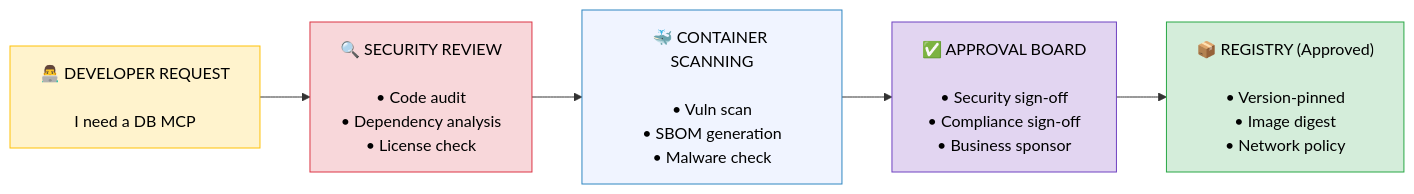
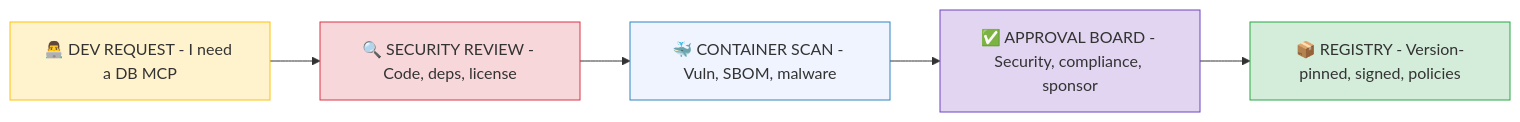
Before and after one commit to ithinktavo/GenAI-Engineering-Handbook: the fourth of 5 diagrams in docs/11-mcp-security.md, drawn with Mermaid. The commit also changed other lines of this file and 9 other files, not shown here.

First line of the commit message:
Fix Mermaid rendering: remove emoji from subgraph titles and unsupported syntax

````diff
--- a/docs/11-mcp-security.md
+++ b/docs/11-mcp-security.md
@@ -214,13 +214,13 @@
 ```mermaid
 graph LR
-    DEV["👨‍💻 DEVELOPER REQUEST\n\nI need a DB MCP"] --> SEC["🔍 SECURITY REVIEW\n\n• Code audit\n• Dependency analysis\n• License check"]
-    SEC --> SCAN["🐳 CONTAINER SCANNING\n\n• Vuln scan\n• SBOM generation\n• Malware check"]
-    SCAN --> BOARD["✅ APPROVAL BOARD\n\n• Security sign-off\n• Compliance sign-off\n• Business sponsor"]
-    BOARD --> REG["📦 REGISTRY (Approved)\n\n• Version-pinned\n• Image digest\n• Network policy"]
+    DEV["👨‍💻 DEV REQUEST - I need a DB MCP"] --> SEC["🔍 SECURITY REVIEW - Code, deps, license"]
+    SEC --> SCAN["🐳 CONTAINER SCAN - Vuln, SBOM, malware"]
+    SCAN --> BOARD["✅ APPROVAL BOARD - Security, compliance, sponsor"]
+    BOARD --> REG["📦 REGISTRY - Version-pinned, signed, policies"]
 
-    style DEV fill:#fff3cd,stroke:#ffc107,color:#000
-    style SEC fill:#f8d7da,stroke:#dc3545,color:#000
-    style SCAN fill:#f0f4ff,stroke:#2E86C1,color:#000
-    style BOARD fill:#e2d5f1,stroke:#6f42c1,color:#000
-    style REG fill:#d4edda,stroke:#28a745,color:#000
+    style DEV fill:#fff3cd,stroke:#ffc107
+    style SEC fill:#f8d7da,stroke:#dc3545
+    style SCAN fill:#f0f4ff,stroke:#2E86C1
+    style BOARD fill:#e2d5f1,stroke:#6f42c1
+    style REG fill:#d4edda,stroke:#28a745
 ```
````
